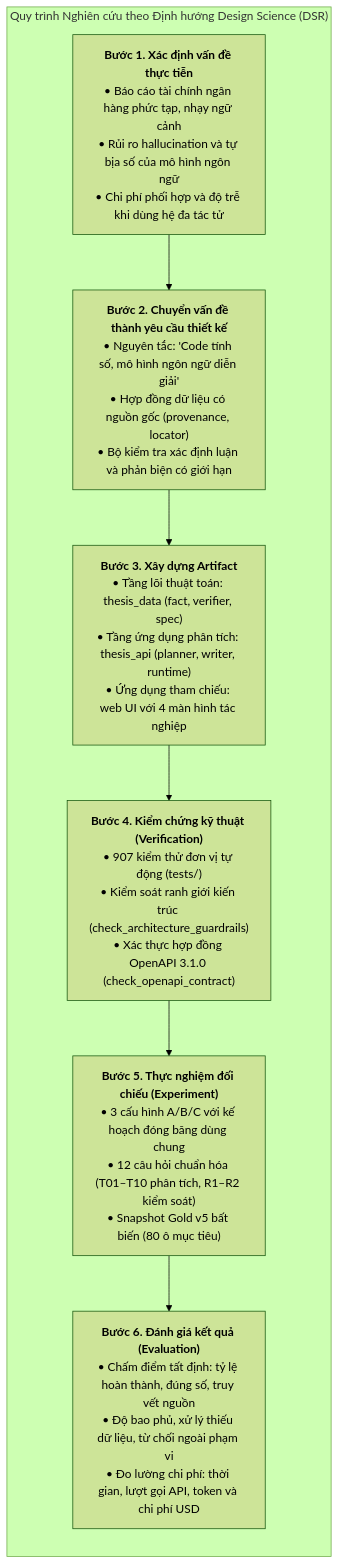
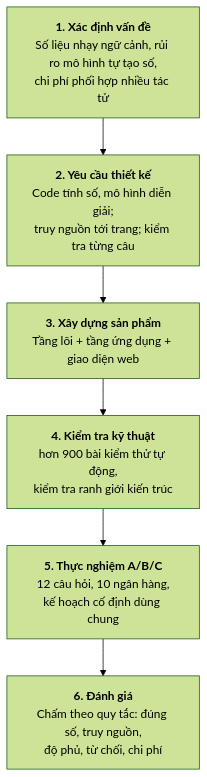
One commit to thaicuong576/final-thesis changed the diagram in docs/thesis-v2/figures/hinh-3-1-quy-trinh-dsr.mmd. Above: the diagram before and after it, drawn with Mermaid (forest theme). The commit also changed 21 other files, not shown here.

First line of the commit message:
docs(thesis): condense to ~60 pages and report the ten-bank evaluation (#148)

```diff
--- a/docs/thesis-v2/figures/hinh-3-1-quy-trinh-dsr.mmd
+++ b/docs/thesis-v2/figures/hinh-3-1-quy-trinh-dsr.mmd
@@ -1,17 +1,8 @@
 flowchart TD
-    subgraph DSR_Process ["Quy trình Nghiên cứu theo Định hướng Design Science (DSR)"]
-        direction TB
-        S1["<b>Bước 1. Xác định vấn đề thực tiễn</b><br/>• Báo cáo tài chính ngân hàng phức tạp, nhạy ngữ cảnh<br/>• Rủi ro hallucination và tự bịa số của mô hình ngôn ngữ<br/>• Chi phí phối hợp và độ trễ khi dùng hệ đa tác tử"]
-        
-        S2["<b>Bước 2. Chuyển vấn đề thành yêu cầu thiết kế</b><br/>• Nguyên tắc: 'Code tính số, mô hình ngôn ngữ diễn giải'<br/>• Hợp đồng dữ liệu có nguồn gốc (provenance, locator)<br/>• Bộ kiểm tra xác định luận và phản biện có giới hạn"]
-        
-        S3["<b>Bước 3. Xây dựng Artifact</b><br/>• Tầng lõi thuật toán: thesis_data (fact, verifier, spec)<br/>• Tầng ứng dụng phân tích: thesis_api (planner, writer, runtime)<br/>• Ứng dụng tham chiếu: web UI với 4 màn hình tác nghiệp"]
-        
-        S4["<b>Bước 4. Kiểm chứng kỹ thuật (Verification)</b><br/>• 907 kiểm thử đơn vị tự động (tests/)<br/>• Kiểm soát ranh giới kiến trúc (check_architecture_guardrails)<br/>• Xác thực hợp đồng OpenAPI 3.1.0 (check_openapi_contract)"]
-        
-        S5["<b>Bước 5. Thực nghiệm đối chiếu (Experiment)</b><br/>• 3 cấu hình A/B/C với kế hoạch đóng băng dùng chung<br/>• 12 câu hỏi chuẩn hóa (T01–T10 phân tích, R1–R2 kiểm soát)<br/>• Snapshot Gold v5 bất biến (80 ô mục tiêu)"]
-        
-        S6["<b>Bước 6. Đánh giá kết quả (Evaluation)</b><br/>• Chấm điểm tất định: tỷ lệ hoàn thành, đúng số, truy vết nguồn<br/>• Độ bao phủ, xử lý thiếu dữ liệu, từ chối ngoài phạm vi<br/>• Đo lường chi phí: thời gian, lượt gọi API, token và chi phí USD"]
-    end
-
+    S1["<b>1. Xác định vấn đề</b><br/>Số liệu nhạy ngữ cảnh, rủi ro mô hình tự tạo số,<br/>chi phí phối hợp nhiều tác tử"]
+    S2["<b>2. Yêu cầu thiết kế</b><br/>Code tính số, mô hình diễn giải;<br/>truy nguồn tới trang; kiểm tra từng câu"]
+    S3["<b>3. Xây dựng sản phẩm</b><br/>Tầng lõi + tầng ứng dụng + giao diện web"]
+    S4["<b>4. Kiểm tra kỹ thuật</b><br/>hơn 900 bài kiểm thử tự động,<br/>kiểm tra ranh giới kiến trúc"]
+    S5["<b>5. Thực nghiệm A/B/C</b><br/>12 câu hỏi, 10 ngân hàng,<br/>kế hoạch cố định dùng chung"]
+    S6["<b>6. Đánh giá</b><br/>Chấm theo quy tắc: đúng số, truy nguồn,<br/>độ phủ, từ chối, chi phí"]
     S1 --> S2 --> S3 --> S4 --> S5 --> S6
```
